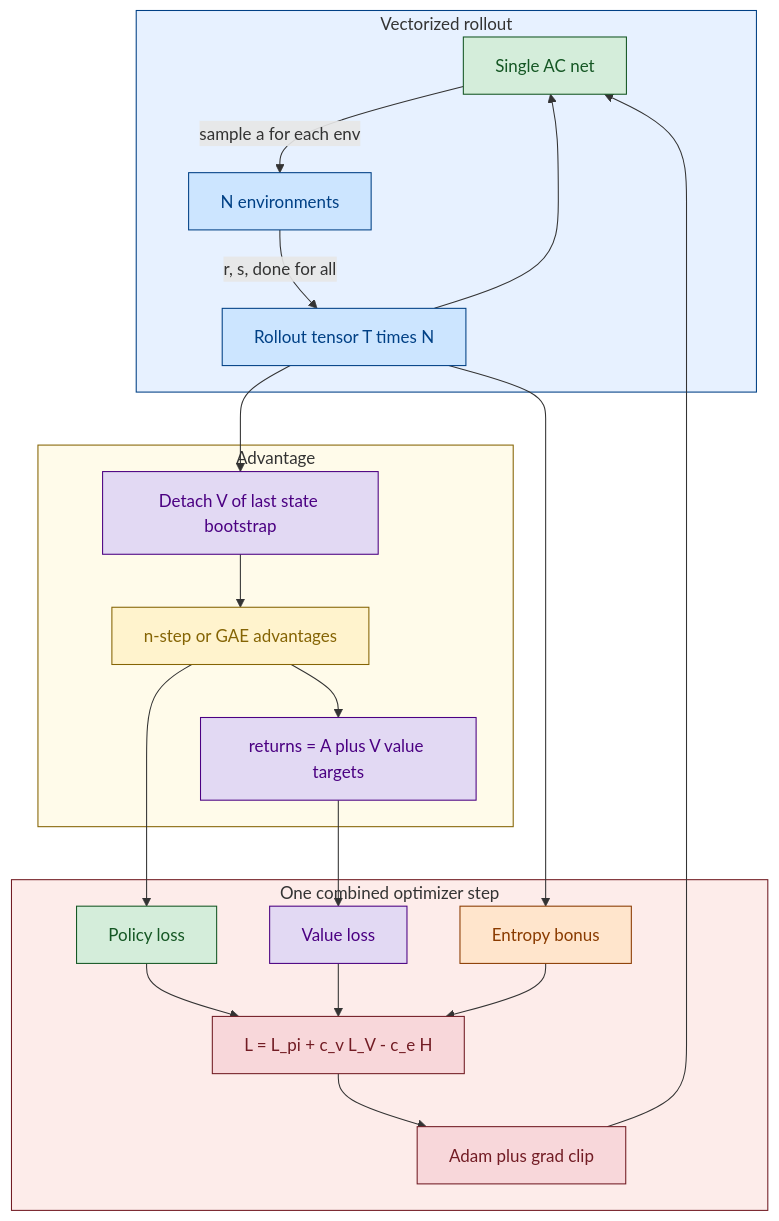
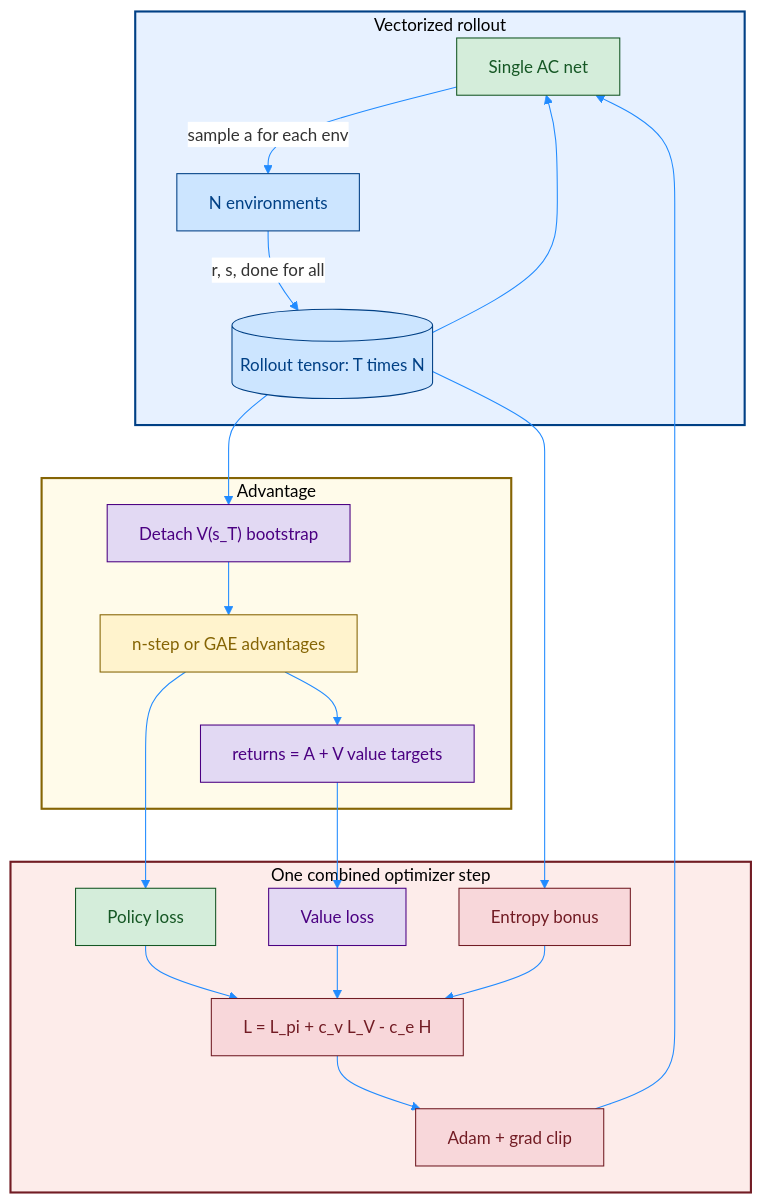
Before and after one commit to Open-Source-Robotics-For-Myanmar/rl: the fourth of 4 diagrams in Day81 RL python/02_Miguel Morales - Grokking Deep Reinforcement Learning/02_rl_with_dl/rom_photos/10_1_PB_actor-critic_A2C.md, drawn with Mermaid. The commit also changed other lines of this file and 4 other files, not shown here.

````diff
--- a/Day81 RL python/02_Miguel Morales - Grokking Deep Reinforcement Learning/02_rl_with_dl/rom_photos/10_1_PB_actor-critic_A2C.md
+++ b/Day81 RL python/02_Miguel Morales - Grokking Deep Reinforcement Learning/02_rl_with_dl/rom_photos/10_1_PB_actor-critic_A2C.md
@@ -136,36 +159,42 @@
 ```mermaid
-flowchart TD
-    subgraph Phase1["Vectorized rollout"]
-        Net["Single AC net"]:::policy -->|"sample a for each env"| Envs["N environments"]:::shared
-        Envs -->|"r, s, done for all"| Buf["Rollout tensor T times N"]:::shared
+%%{init: {'theme': 'base', 'themeVariables': { 'primaryColor': '#ffffff', 'lineColor': '#218bff'}}}%%
+graph TD
+    subgraph Phase1 [Vectorized rollout]
+        Net[Single AC net] -->|sample a for each env| Envs[N environments]
+        Envs -->|r, s, done for all| Buf[(Rollout tensor: T times N)]
         Buf --> Net
     end
 
-    subgraph Phase2["Advantage"]
-        Buf --> Boot["Detach V of last state bootstrap"]:::value
-        Boot --> Adv["n-step or GAE advantages"]:::sample
-        Adv --> Ret["returns = A plus V value targets"]:::value
+    subgraph Phase2 [Advantage]
+        Buf --> Boot["Detach V(s_T) bootstrap"]
+        Boot --> Adv[n-step or GAE advantages]
+        Adv --> Ret["returns = A + V  value targets"]
     end
 
-    subgraph Phase3["One combined optimizer step"]
-        Adv --> PL["Policy loss"]:::policy
-        Ret --> VL["Value loss"]:::value
-        Buf --> Ent["Entropy bonus"]:::extra
-        PL --> Lsum["L = L_pi + c_v L_V - c_e H"]:::train
-        VL --> Lsum
-        Ent --> Lsum
-        Lsum --> Opt["Adam plus grad clip"]:::train
+    subgraph Phase3 [One combined optimizer step]
+        Adv --> PL[Policy loss]
+        Ret --> VL[Value loss]
+        Buf --> Ent[Entropy bonus]
+        PL --> L["L = L_pi + c_v L_V - c_e H"]
+        VL --> L
+        Ent --> L
+        L --> Opt[Adam + grad clip]
         Opt --> Net
     end
 
-    classDef shared fill:#cce5ff,stroke:#004085,color:#004085
-    classDef policy fill:#d4edda,stroke:#155724,color:#155724
-    classDef sample fill:#fff3cd,stroke:#856404,color:#856404
-    classDef value fill:#e2d9f3,stroke:#4b0082,color:#4b0082
-    classDef train fill:#f8d7da,stroke:#721c24,color:#721c24
-    classDef extra fill:#ffe5cc,stroke:#8a3b00,color:#8a3b00
+    classDef dataGathering fill:#cce5ff,stroke:#004085,stroke-width:1px,color:#004085;
+    classDef sampling fill:#fff3cd,stroke:#856404,stroke-width:1px,color:#856404;
+    classDef value fill:#e2d9f3,stroke:#4b0082,stroke-width:1px,color:#4b0082;
+    classDef optimization fill:#f8d7da,stroke:#721c24,stroke-width:1px,color:#721c24;
+    classDef policy fill:#d4edda,stroke:#155724,stroke-width:1px,color:#155724;
 
-    style Phase1 fill:#e7f1ff,stroke:#004085
-    style Phase2 fill:#fffbea,stroke:#856404
-    style Phase3 fill:#fdecea,stroke:#721c24
+    class Envs,Buf dataGathering;
+    class Adv sampling;
+    class Boot,Ret,VL value;
+    class L,Opt,Ent optimization;
+    class Net,PL policy;
+
+    style Phase1 fill:#e7f1ff,stroke:#004085,stroke-width:2px;
+    style Phase2 fill:#fffbea,stroke:#856404,stroke-width:2px;
+    style Phase3 fill:#fdecea,stroke:#721c24,stroke-width:2px;
 ```
````
